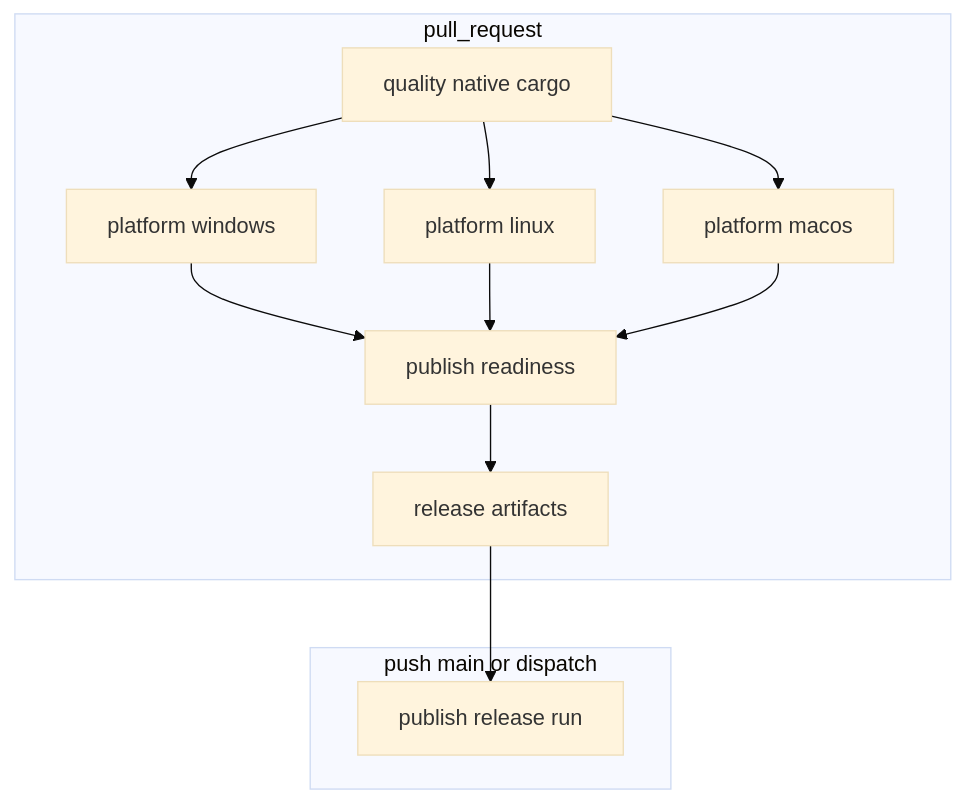
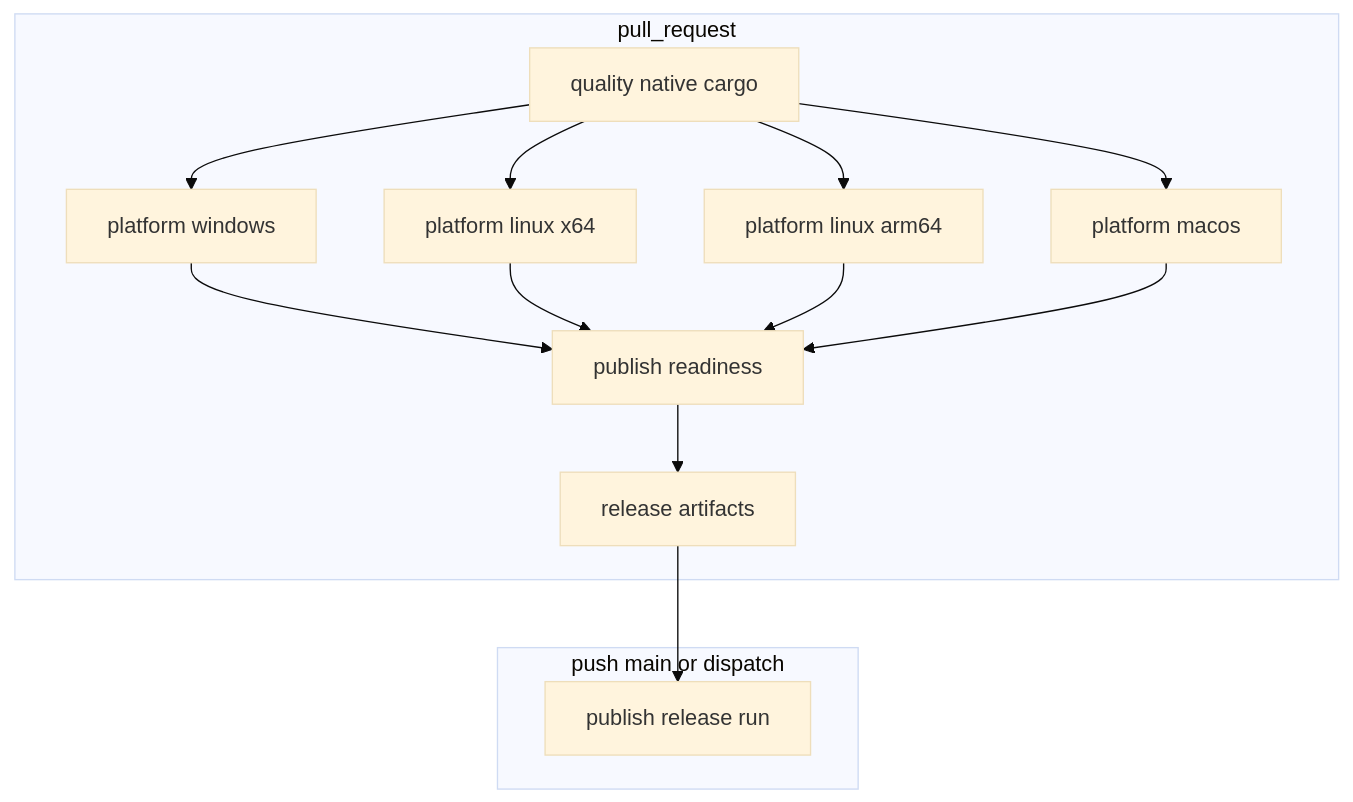
Before and after one commit to D-Naveenz/dhara_storage: the diagram in docs/ci-cd-pipelines.md, drawn with Mermaid (base theme). The commit also changed other lines of this file and 4 other files, not shown here.

````diff
--- a/docs/ci-cd-pipelines.md
+++ b/docs/ci-cd-pipelines.md
@@ -17,17 +17,18 @@
 ```mermaid
 flowchart TB
   subgraph pr ["pull_request"]
     Q[quality native cargo]
     PW[platform windows]
-    PL[platform linux]
+    PL[platform linux x64]
+    PLA[platform linux arm64]
     PM[platform macos]
     PR[publish readiness]
-    Q --> PW & PL & PM --> PR
+    Q --> PW & PL & PLA & PM --> PR
     PR --> ART[release artifacts]
   end
 
   subgraph cd ["push main or dispatch"]
     PUB[publish release run]
     ART --> PUB
   end
 ```
````
